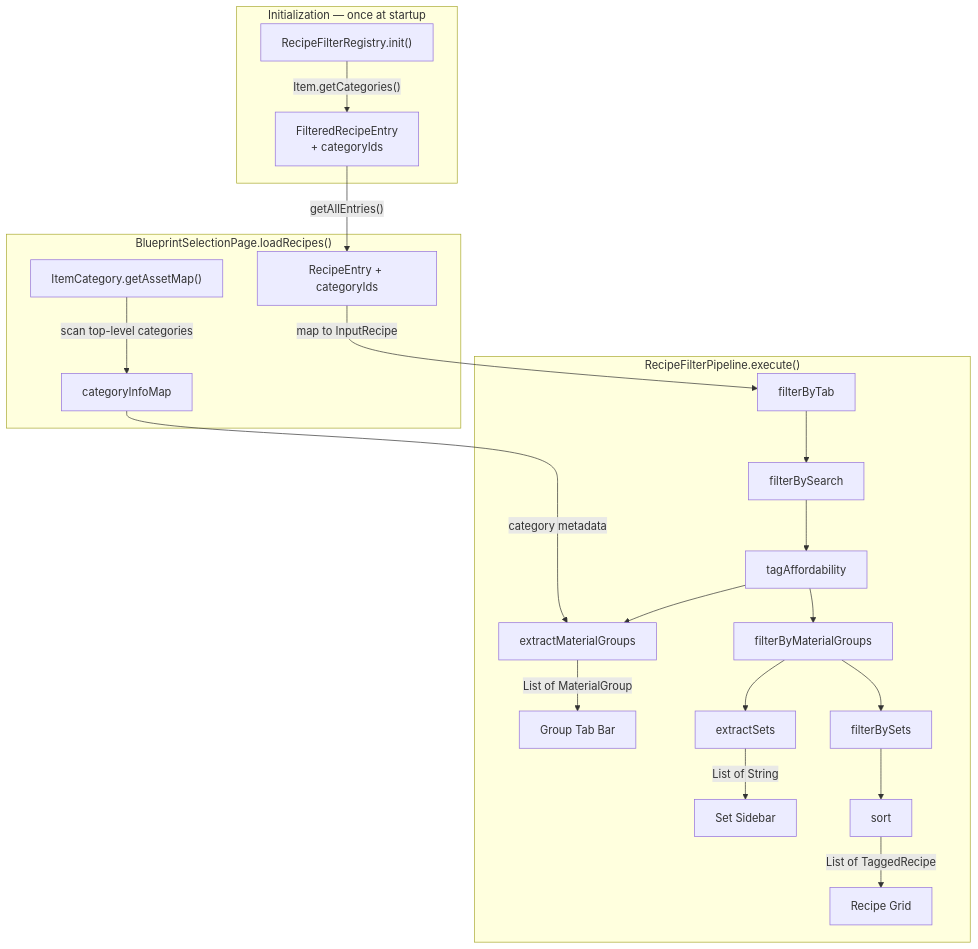
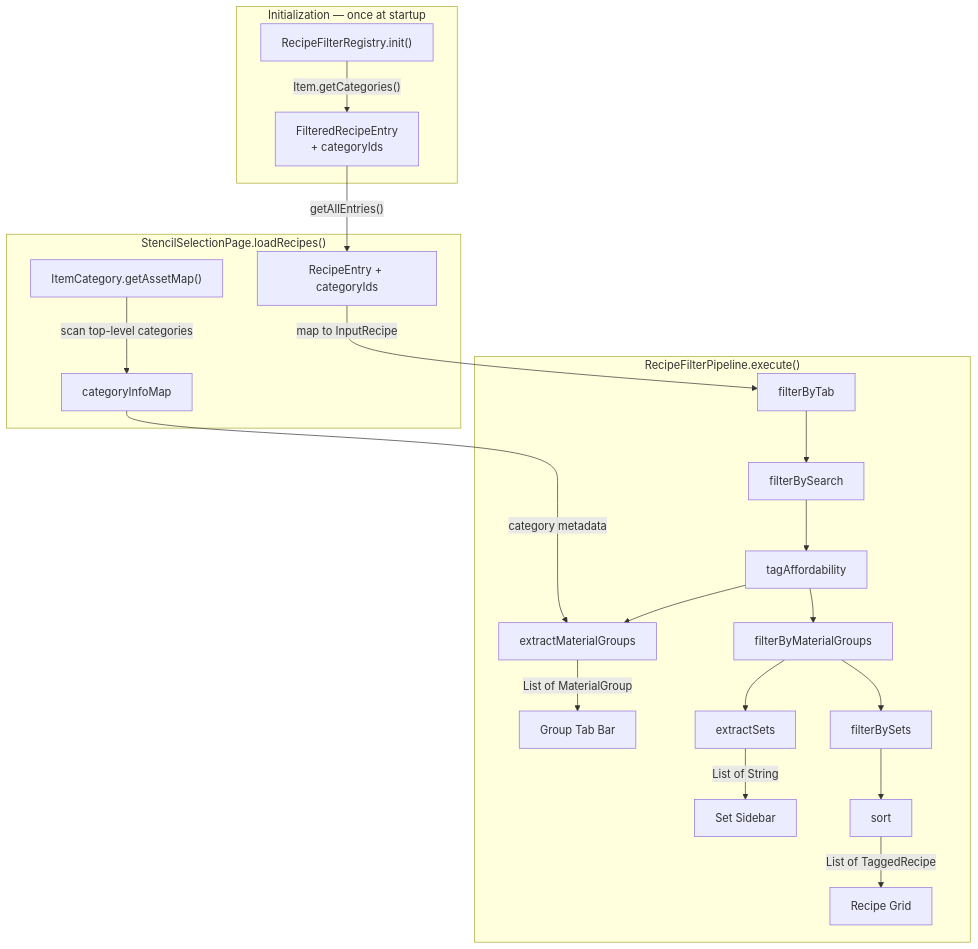
The second of 3 diagrams in docs/Plans/design-itemcategory-grouping.md (TheCodeCreature/Hytale-Example-Plugin), drawn with Mermaid before and after one commit. The commit also changed other lines of this file and 289 other files, not shown here.

````diff
--- a/docs/Plans/design-itemcategory-grouping.md
+++ b/docs/Plans/design-itemcategory-grouping.md
@@ -100,24 +100,24 @@
 ```mermaid
 graph TB
     subgraph Init ["Initialization — once at startup"]
         RFR["RecipeFilterRegistry.init()"] -->|"Item.getCategories()"| FRE["FilteredRecipeEntry<br/>+ categoryIds"]
     end
-    subgraph Load ["BlueprintSelectionPage.loadRecipes()"]
+    subgraph Load ["StencilSelectionPage.loadRecipes()"]
         FRE -->|"getAllEntries()"| BSP["RecipeEntry + categoryIds"]
         ICAsset["ItemCategory.getAssetMap()"] -->|"scan top-level categories"| CIM["categoryInfoMap"]
     end
     subgraph Pipeline ["RecipeFilterPipeline.execute()"]
         BSP -->|"map to InputRecipe"| S1["filterByTab"]
         S1 --> S2["filterBySearch"]
         S2 --> S3["tagAffordability"]
         S3 --> S4["extractMaterialGroups"]
         CIM -->|"category metadata"| S4
         S4 -->|"List of MaterialGroup"| GroupTabs["Group Tab Bar"]
         S3 --> S5["filterByMaterialGroups"]
         S5 --> S6["extractSets"]
         S6 -->|"List of String"| SetSidebar["Set Sidebar"]
         S5 --> S7["filterBySets"]
         S7 --> S8["sort"]
         S8 -->|"List of TaggedRecipe"| Grid["Recipe Grid"]
     end
 ```
````
